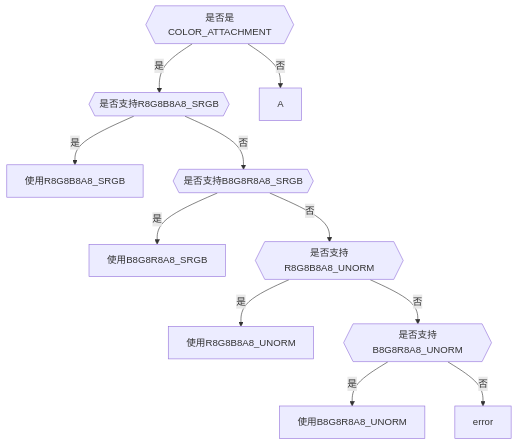
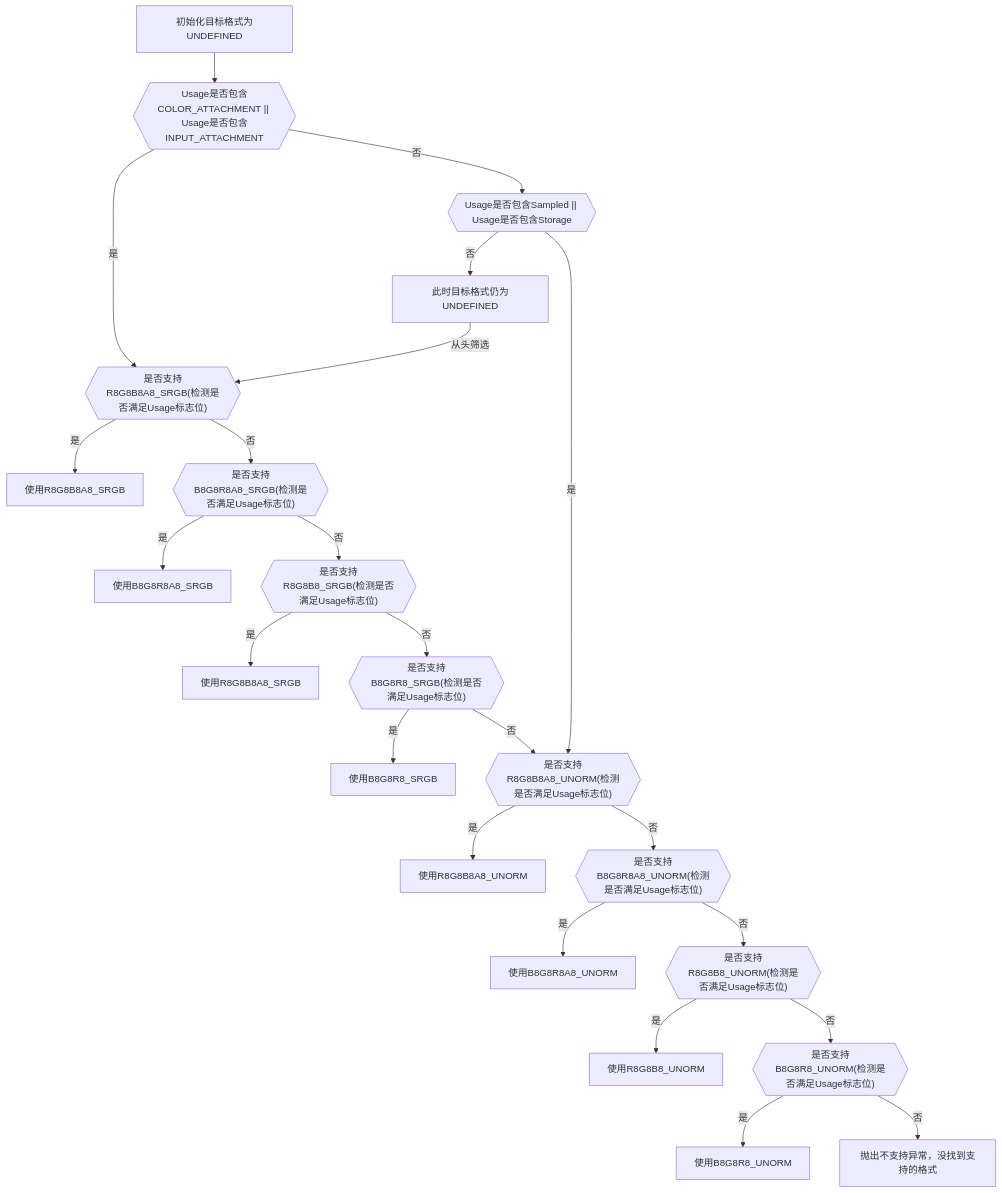
Before and after one commit to FuXiii/Turbo: the first of 3 diagrams in docs/Design/FrameGraphAdvance.md, drawn with Mermaid. The commit also changed other lines of this file and 1 other file, not shown here.

Commit message:
update FgAdvance design

````diff
--- a/docs/Design/FrameGraphAdvance.md
+++ b/docs/Design/FrameGraphAdvance.md
@@ -1360,31 +1364,63 @@
 ```mermaid
 graph TD;
-    IsColorAttachmentUsage{{是否是COLOR_ATTACHMENT}}
+    IsContainColorAttachmentOrInputAttahcmentUsage{{"Usage是否包含COLOR_ATTACHMENT || Usage是否包含INPUT_ATTACHMENT "}}
 
-    IsSupportR8G8B8A8_SRGB{{是否支持R8G8B8A8_SRGB}}
+    IsSupportR8G8B8A8_SRGB{{"是否支持R8G8B8A8_SRGB(检测是否满足Usage标志位)"}}
     UseR8G8B8A8_SRGB[使用R8G8B8A8_SRGB]
 
-    IsSupportB8G8R8A8_SRGB{{是否支持B8G8R8A8_SRGB}}
+    IsSupportB8G8R8A8_SRGB{{"是否支持B8G8R8A8_SRGB(检测是否满足Usage标志位)"}}
     UseB8G8R8A8_SRGB[使用B8G8R8A8_SRGB]
 
-    IsSupportR8G8B8A8_UNORM{{是否支持R8G8B8A8_UNORM}}
+    IsSupportR8G8B8_SRGB{{"是否支持R8G8B8_SRGB(检测是否满足Usage标志位)"}}
+    UseR8G8B8_SRGB[使用R8G8B8A8_SRGB]
+
+    IsSupportB8G8R8_SRGB{{"是否支持B8G8R8_SRGB(检测是否满足Usage标志位)"}}
+    UseB8G8R8_SRGB[使用B8G8R8_SRGB]
+
+    IsSupportR8G8B8A8_UNORM{{"是否支持R8G8B8A8_UNORM(检测是否满足Usage标志位)"}}
     UseR8G8B8A8_UNORM[使用R8G8B8A8_UNORM]
 
-    IsSupportB8G8R8A8_UNORM{{是否支持B8G8R8A8_UNORM}}
+    IsSupportB8G8R8A8_UNORM{{"是否支持B8G8R8A8_UNORM(检测是否满足Usage标志位)"}}
     UseB8G8R8A8_UNORM[使用B8G8R8A8_UNORM]
 
-    IsColorAttachmentUsage--否-->A
-    IsColorAttachmentUsage--是-->IsSupportR8G8B8A8_SRGB
+    IsSupportR8G8B8_UNORM{{"是否支持R8G8B8_UNORM(检测是否满足Usage标志位)"}}
+    UseR8G8B8_UNORM[使用R8G8B8_UNORM]
+
+    IsSupportB8G8R8_UNORM{{"是否支持B8G8R8_UNORM(检测是否满足Usage标志位)"}}
+    UseB8G8R8_UNORM[使用B8G8R8_UNORM]
+
+    InitTargetFormat[初始化目标格式为UNDEFINED]
+    InitTargetFormat-->IsContainColorAttachmentOrInputAttahcmentUsage
+
+    IsContainColorAttachmentOrInputAttahcmentUsage--是-->IsSupportR8G8B8A8_SRGB
+    IsContainColorAttachmentOrInputAttahcmentUsage--否-->IsContainSampledUsage{{"Usage是否包含Sampled || Usage是否包含Storage"}}
 
     IsSupportR8G8B8A8_SRGB--是-->UseR8G8B8A8_SRGB
     IsSupportR8G8B8A8_SRGB--否-->IsSupportB8G8R8A8_SRGB
 
     IsSupportB8G8R8A8_SRGB--是-->UseB8G8R8A8_SRGB
-    IsSupportB8G8R8A8_SRGB--否-->IsSupportR8G8B8A8_UNORM
+    IsSupportB8G8R8A8_SRGB--否-->IsSupportR8G8B8_SRGB
+
+    IsSupportR8G8B8_SRGB--是-->UseR8G8B8_SRGB
+    IsSupportR8G8B8_SRGB--否-->IsSupportB8G8R8_SRGB
+
+    IsSupportB8G8R8_SRGB--是-->UseB8G8R8_SRGB
+    IsSupportB8G8R8_SRGB--否-->IsSupportR8G8B8A8_UNORM
 
     IsSupportR8G8B8A8_UNORM--是-->UseR8G8B8A8_UNORM
     IsSupportR8G8B8A8_UNORM--否-->IsSupportB8G8R8A8_UNORM
 
     IsSupportB8G8R8A8_UNORM--是-->UseB8G8R8A8_UNORM
-    IsSupportB8G8R8A8_UNORM--否-->error
+    IsSupportB8G8R8A8_UNORM--否-->IsSupportR8G8B8_UNORM
+
+    IsSupportR8G8B8_UNORM--是-->UseR8G8B8_UNORM
+    IsSupportR8G8B8_UNORM--否-->IsSupportB8G8R8_UNORM
+
+    IsSupportB8G8R8_UNORM--是-->UseB8G8R8_UNORM
+    IsSupportB8G8R8_UNORM--否-->error["抛出不支持异常，没找到支持的格式"]
+
+    IsContainSampledUsage--是-->IsSupportR8G8B8A8_UNORM
+    IsContainSampledUsage--否-->TargetFormatStillUndefined[此时目标格式仍为UNDEFINED]
+
+    TargetFormatStillUndefined--从头筛选-->IsSupportR8G8B8A8_SRGB
 ```
````
